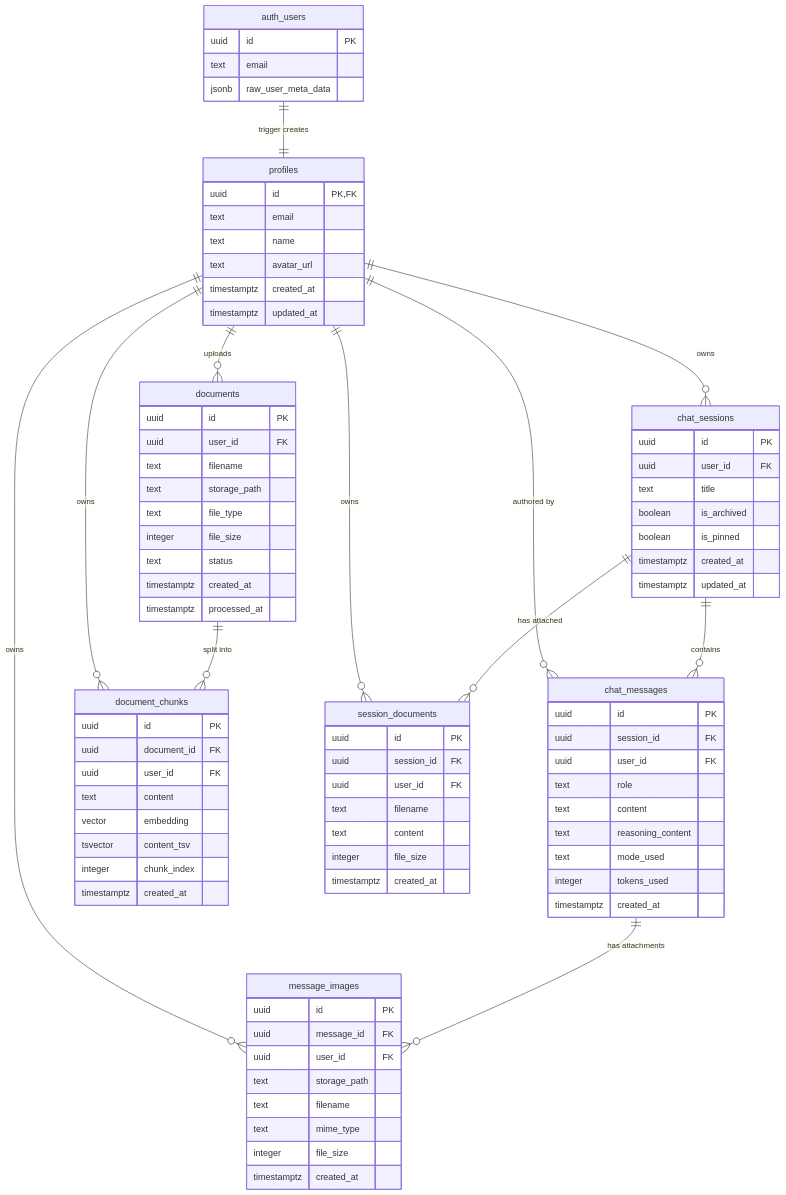
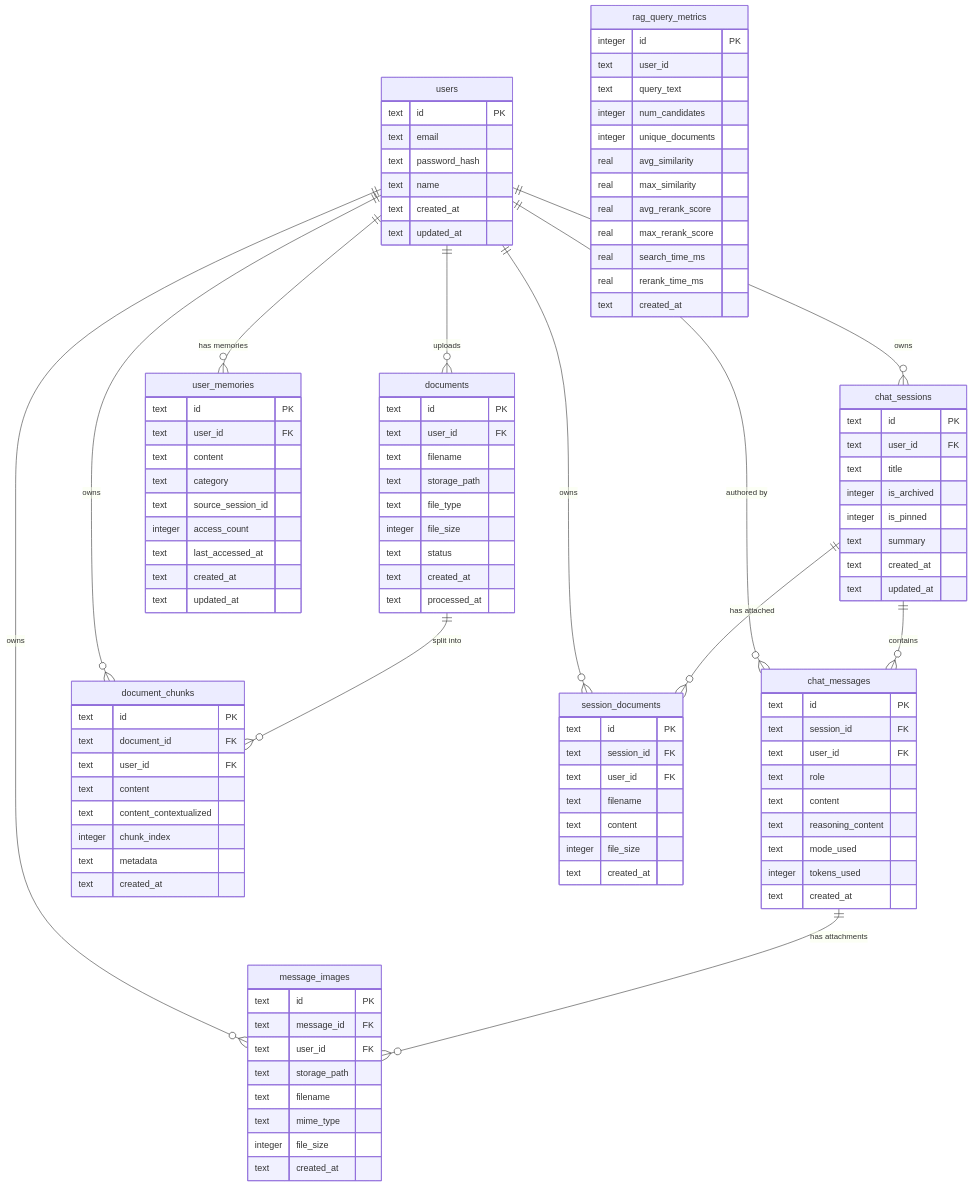
One commit to Jimmy6929/Molebie_AI changed the eighth of 12 diagrams in full_system_architecture_map_730d3d3f.plan.md. Above: the diagram before and after it, drawn with Mermaid. The commit also changed other lines of this file, not shown here.

First line of the commit message:
Replace Supabase with SQLite & add memories

````diff
--- a/full_system_architecture_map_730d3d3f.plan.md
+++ b/full_system_architecture_map_730d3d3f.plan.md
@@ -320,95 +359,117 @@
 ```mermaid
 erDiagram
-    auth_users {
-        uuid id PK
+    users {
+        text id PK
         text email
-        jsonb raw_user_meta_data
-    }
-
-    profiles {
-        uuid id PK,FK
-        text email
+        text password_hash
         text name
-        text avatar_url
-        timestamptz created_at
-        timestamptz updated_at
+        text created_at
+        text updated_at
     }
 
     chat_sessions {
-        uuid id PK
-        uuid user_id FK
+        text id PK
+        text user_id FK
         text title
-        boolean is_archived
-        boolean is_pinned
-        timestamptz created_at
-        timestamptz updated_at
+        integer is_archived
+        integer is_pinned
+        text summary
+        text created_at
+        text updated_at
     }
 
     chat_messages {
-        uuid id PK
-        uuid session_id FK
-        uuid user_id FK
+        text id PK
+        text session_id FK
+        text user_id FK
         text role
         text content
         text reasoning_content
         text mode_used
         integer tokens_used
-        timestamptz created_at
+        text created_at
     }
 
     message_images {
-        uuid id PK
-        uuid message_id FK
-        uuid user_id FK
+        text id PK
+        text message_id FK
+        text user_id FK
         text storage_path
         text filename
         text mime_type
         integer file_size
-        timestamptz created_at
+        text created_at
     }
 
     documents {
-        uuid id PK
-        uuid user_id FK
+        text id PK
+        text user_id FK
         text filename
         text storage_path
         text file_type
         integer file_size
         text status
-        timestamptz created_at
-        timestamptz processed_at
+        text created_at
+        text processed_at
     }
 
     document_chunks {
-        uuid id PK
-        uuid document_id FK
-        uuid user_id FK
+        text id PK
+        text document_id FK
+        text user_id FK
         text content
-        vector embedding
-        tsvector content_tsv
+        text content_contextualized
         integer chunk_index
-        timestamptz created_at
+        text metadata
+        text created_at
     }
 
     session_documents {
-        uuid id PK
-        uuid session_id FK
-        uuid user_id FK
+        text id PK
+        text session_id FK
+        text user_id FK
         text filename
         text content
         integer file_size
-        timestamptz created_at
+        text created_at
     }
 
-    auth_users ||--|| profiles : "trigger creates"
-    profiles ||--o{ chat_sessions : "owns"
+    user_memories {
+        text id PK
+        text user_id FK
+        text content
+        text category
+        text source_session_id
+        integer access_count
+        text last_accessed_at
+        text created_at
+        text updated_at
+    }
+
+    rag_query_metrics {
+        integer id PK
+        text user_id
+        text query_text
+        integer num_candidates
+        integer unique_documents
+        real avg_similarity
+        real max_similarity
+        real avg_rerank_score
+        real max_rerank_score
+        real search_time_ms
+        real rerank_time_ms
+        text created_at
+    }
+
+    users ||--o{ chat_sessions : "owns"
     chat_sessions ||--o{ chat_messages : "contains"
-    profiles ||--o{ chat_messages : "authored by"
+    users ||--o{ chat_messages : "authored by"
     chat_messages ||--o{ message_images : "has attachments"
-    profiles ||--o{ message_images : "owns"
-    profiles ||--o{ documents : "uploads"
+    users ||--o{ message_images : "owns"
+    users ||--o{ documents : "uploads"
     documents ||--o{ document_chunks : "split into"
-    profiles ||--o{ document_chunks : "owns"
+    users ||--o{ document_chunks : "owns"
     chat_sessions ||--o{ session_documents : "has attached"
-    profiles ||--o{ session_documents : "owns"
+    users ||--o{ session_documents : "owns"
+    users ||--o{ user_memories : "has memories"
 ```
````
